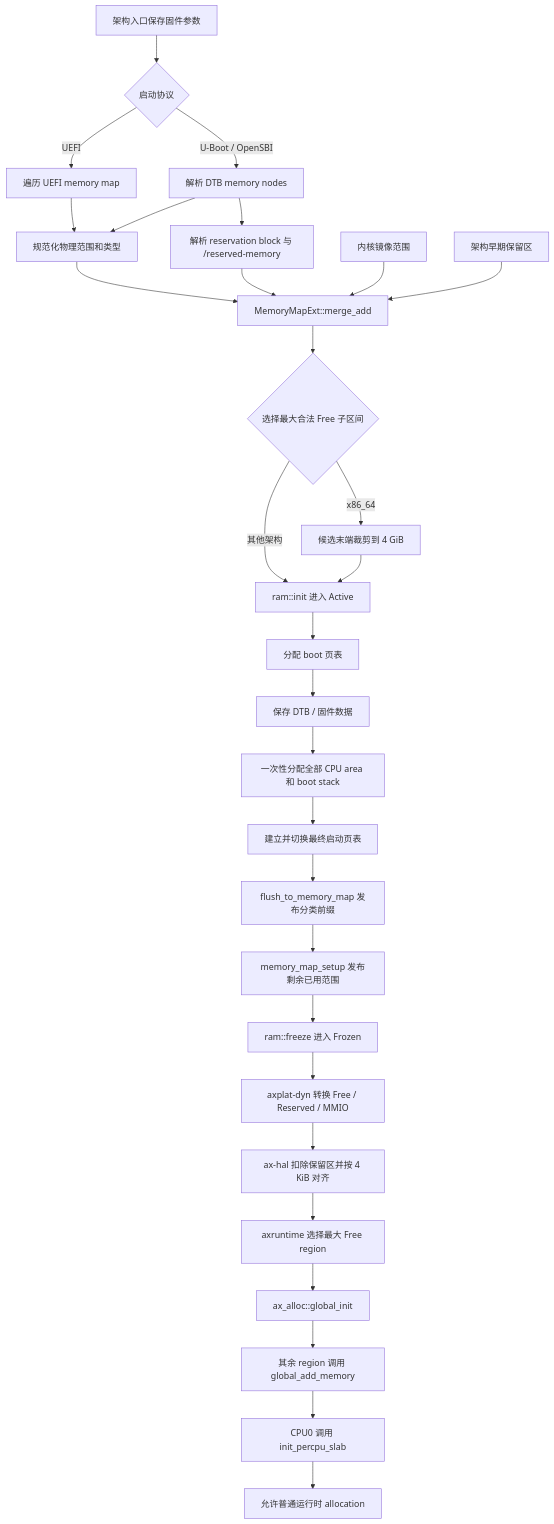
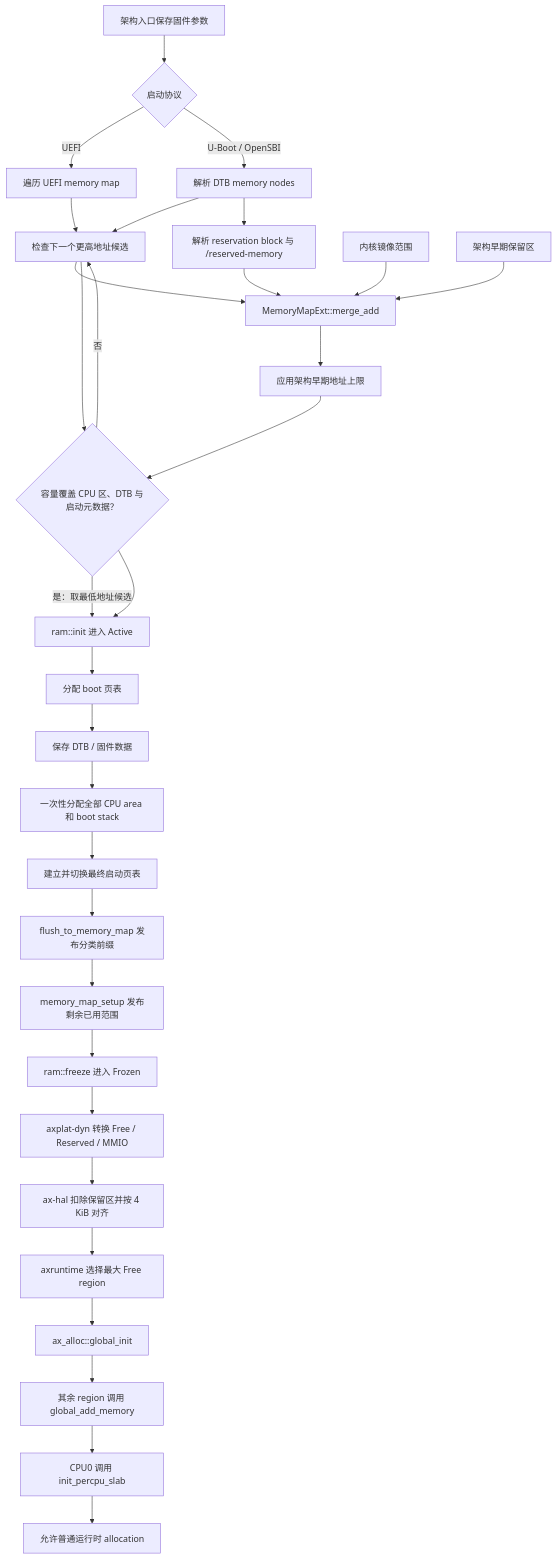
The first of 5 diagrams in docs/docs/architecture/memory/boot-memory.md (rcore-os/tgoskits), drawn with Mermaid before and after one commit. The commit also changed other lines of this file and 35 other files, not shown here.

````diff
--- a/docs/docs/architecture/memory/boot-memory.md
+++ b/docs/docs/architecture/memory/boot-memory.md
@@ -51,31 +51,33 @@
 ```mermaid
 flowchart TD
     E["架构入口保存固件参数"] --> I{"启动协议"}
     I -->|"UEFI"| U["遍历 UEFI memory map"]
     I -->|"U-Boot / OpenSBI"| F["解析 DTB memory nodes"]
     U --> N["规范化物理范围和类型"]
     F --> N
     F --> R["解析 reservation block 与 /reserved-memory"]
     N --> M["MemoryMapExt::merge_add"]
     R --> M
     K["内核镜像范围"] --> M
     A["架构早期保留区"] --> M
-    M --> C{"选择最大合法 Free 子区间"}
-    C -->|"x86_64"| L["候选末端裁剪到 4 GiB"]
-    C -->|"其他架构"| B["ram::init 进入 Active"]
+    M --> C["应用架构早期地址上限"]
+    C --> L{"容量覆盖 CPU 区、DTB 与启动元数据？"}
+    L -->|"否"| N["检查下一个更高地址候选"]
+    N --> L
+    L -->|"是：取最低地址候选"| B["ram::init 进入 Active"]
     L --> B
     B --> P["分配 boot 页表"]
     P --> D["保存 DTB / 固件数据"]
     D --> S["一次性分配全部 CPU area 和 boot stack"]
     S --> Q["建立并切换最终启动页表"]
     Q --> X["flush_to_memory_map 发布分类前缀"]
     X --> Z["memory_map_setup 发布剩余已用范围"]
     Z --> FR["ram::freeze 进入 Frozen"]
     FR --> PL["axplat-dyn 转换 Free / Reserved / MMIO"]
     PL --> H["ax-hal 扣除保留区并按 4 KiB 对齐"]
     H --> G["axruntime 选择最大 Free region"]
     G --> GI["ax_alloc::global_init"]
     GI --> GA["其余 region 调用 global_add_memory"]
     GA --> PS["CPU0 调用 init_percpu_slab"]
     PS --> RUN["允许普通运行时 allocation"]
 ```
````
